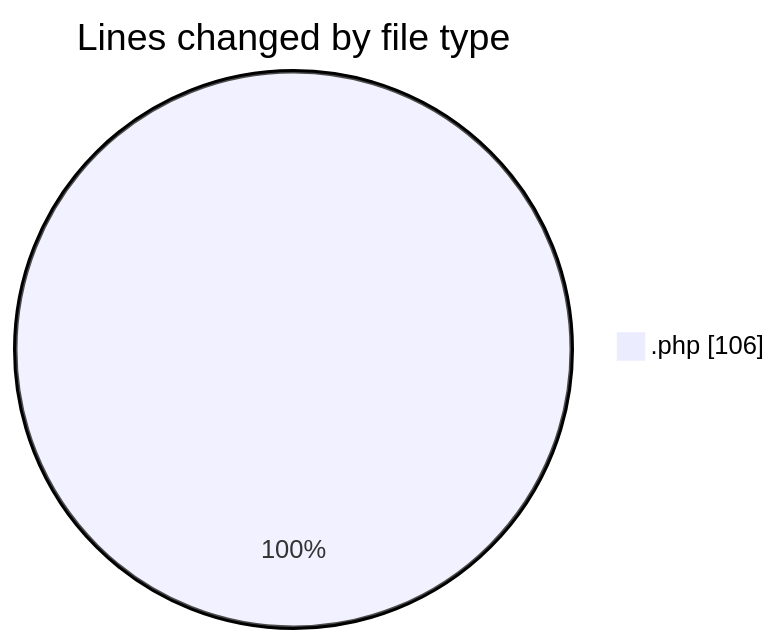
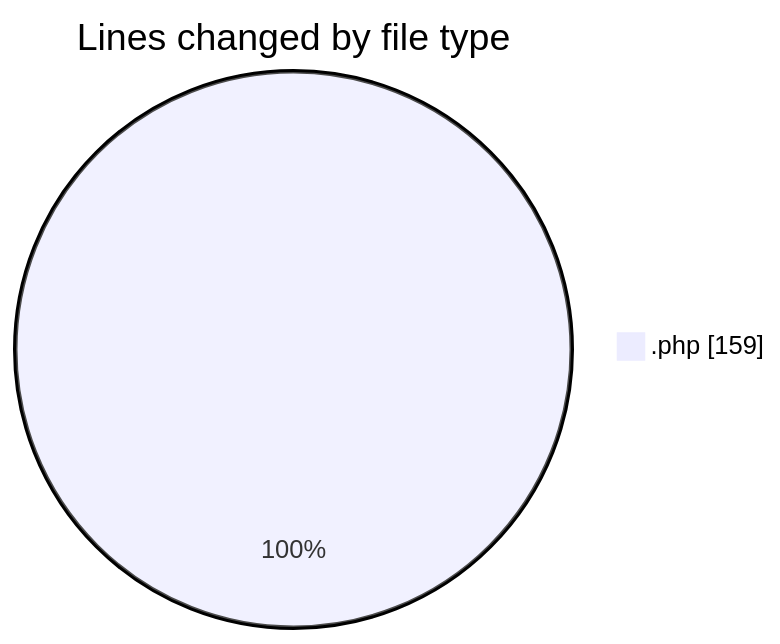
Before and after one commit to debugP/code-tracking: the first of 2 diagrams in 2026-10-09/untitled__workspace_/README.md, drawn with Mermaid. The commit also changed other lines of this file and 1 other file, not shown here.

````diff
--- a/2026-10-09/untitled__workspace_/README.md
+++ b/2026-10-09/untitled__workspace_/README.md
@@ -20,5 +20,5 @@
 ```mermaid
 pie showData
 title Lines changed by file type
-".php" : 106
+".php" : 159
 ```
````
